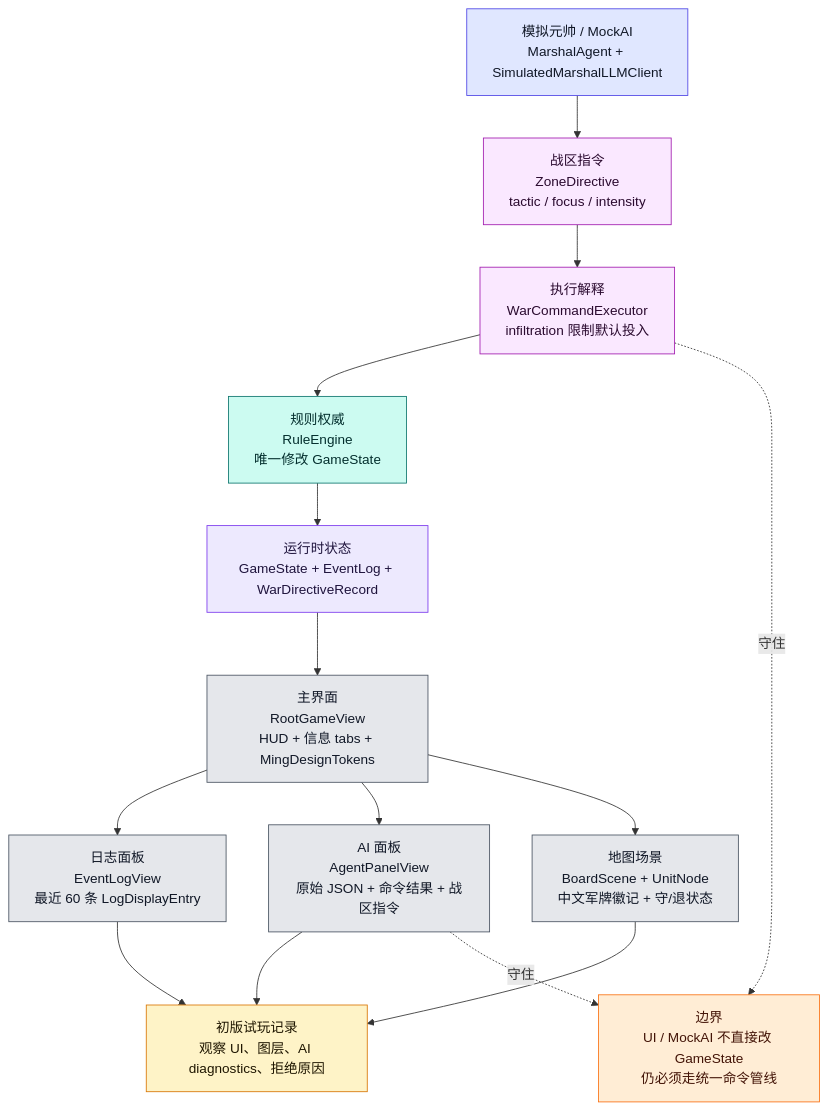
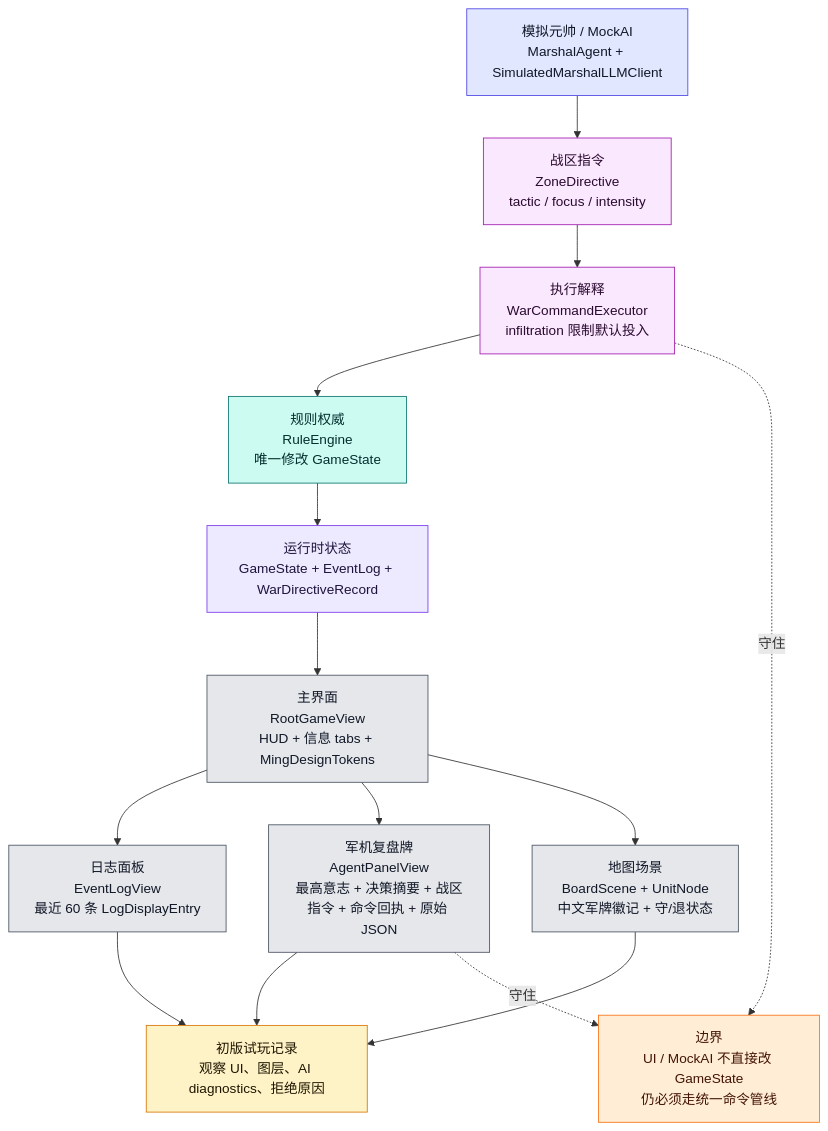
The eighth of 9 diagrams in md/flow/flowchart.md (Altman-sam114/123), drawn with Mermaid before and after one commit. The commit also changed other lines of this file and 7 other files, not shown here.

Commit message:
feat(ming): polish agent panel

````diff
--- a/md/flow/flowchart.md
+++ b/md/flow/flowchart.md
@@ -450,34 +450,34 @@
 ```mermaid
 flowchart TD
     STATE["运行时状态<br/>GameState + EventLog + WarDirectiveRecord"]:::state
     ROOT["主界面<br/>RootGameView<br/>HUD + 信息 tabs + MingDesignTokens"]:::ui
     LOG["日志面板<br/>EventLogView<br/>最近 60 条 LogDisplayEntry"]:::ui
-    AIUI["AI 面板<br/>AgentPanelView<br/>原始 JSON + 命令结果 + 战区指令"]:::ui
+    AIUI["军机复盘牌<br/>AgentPanelView<br/>最高意志 + 决策摘要 + 战区指令 + 命令回执 + 原始 JSON"]:::ui
     BOARD["地图场景<br/>BoardScene + UnitNode<br/>中文军牌徽记 + 守/退状态"]:::ui
     MARSHAL["模拟元帅 / MockAI<br/>MarshalAgent + SimulatedMarshalLLMClient"]:::ai
     ZD["战区指令<br/>ZoneDirective<br/>tactic / focus / intensity"]:::command
     WCE["执行解释<br/>WarCommandExecutor<br/>infiltration 限制默认投入"]:::command
     RULE["规则权威<br/>RuleEngine<br/>唯一修改 GameState"]:::rules
     PLAYTEST["初版试玩记录<br/>观察 UI、图层、AI diagnostics、拒绝原因"]:::doc
 
     STATE --> ROOT
     ROOT --> LOG
     ROOT --> AIUI
     ROOT --> BOARD
     MARSHAL --> ZD --> WCE --> RULE --> STATE
     AIUI --> PLAYTEST
     LOG --> PLAYTEST
     BOARD --> PLAYTEST
 
     WARN["边界<br/>UI / MockAI 不直接改 GameState<br/>仍必须走统一命令管线"]:::warn
     AIUI -.守住.-> WARN
     WCE -.守住.-> WARN
 
     classDef state fill:#ede9fe,stroke:#7c3aed,color:#1f143d
     classDef ui fill:#e5e7eb,stroke:#4b5563,color:#111827
     classDef ai fill:#e0e7ff,stroke:#4f46e5,color:#111827
     classDef command fill:#fae8ff,stroke:#a21caf,color:#2a0a2f
     classDef rules fill:#ccfbf1,stroke:#0f766e,color:#042f2e
     classDef doc fill:#fef3c7,stroke:#d97706,color:#1f1600
     classDef warn fill:#ffedd5,stroke:#f97316,color:#431407
 ```
````
